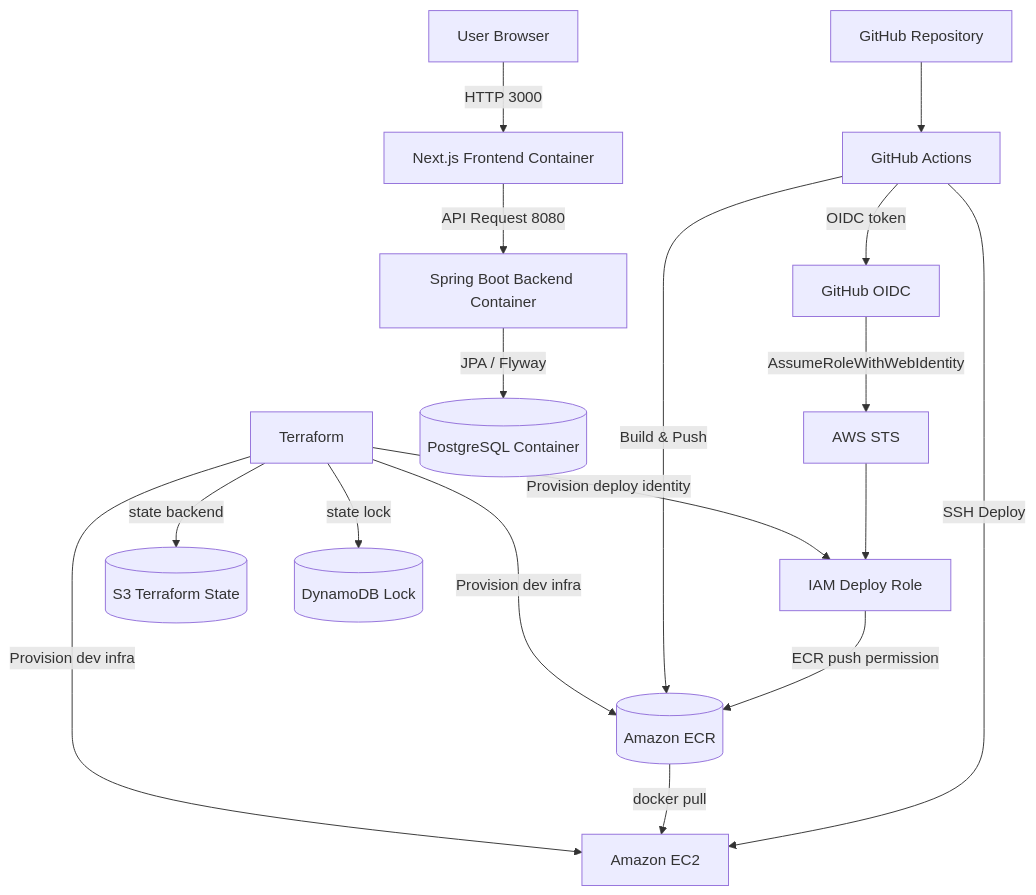
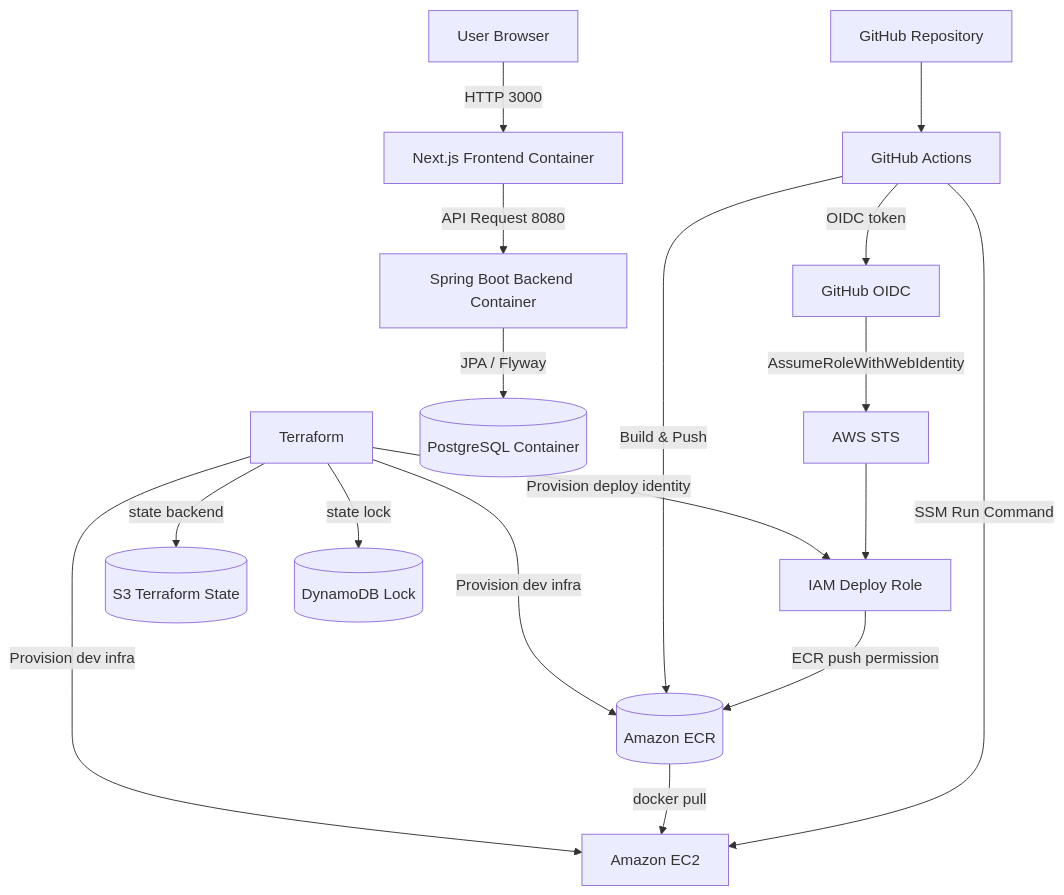
Before and after one commit to Li-Bertygi/job-selection-tracker: the first of 3 diagrams in docs/architecture.md, drawn with Mermaid. The commit also changed other lines of this file and 15 other files, not shown here.

Commit message:
Switch: EC2 deployment to SSM Run Command

````diff
--- a/docs/architecture.md
+++ b/docs/architecture.md
@@ -10,36 +10,36 @@
 ```mermaid
 flowchart TD
     U[User Browser]
     GH[GitHub Repository]
     GHA[GitHub Actions]
     OIDC[GitHub OIDC]
     STS[AWS STS]
     IAM[IAM Deploy Role]
     ECR[(Amazon ECR)]
     EC2[Amazon EC2]
     FE[Next.js Frontend Container]
     BE[Spring Boot Backend Container]
     PG[(PostgreSQL Container)]
     TF[Terraform]
     S3[(S3 Terraform State)]
     DDB[(DynamoDB Lock)]
 
     U -->|HTTP 3000| FE
     FE -->|API Request 8080| BE
     BE -->|JPA / Flyway| PG
 
     GH --> GHA
     GHA -->|OIDC token| OIDC
     OIDC -->|AssumeRoleWithWebIdentity| STS
     STS --> IAM
     IAM -->|ECR push permission| ECR
     GHA -->|Build & Push| ECR
-    GHA -->|SSH Deploy| EC2
+    GHA -->|SSM Run Command| EC2
     ECR -->|docker pull| EC2
 
     TF -->|Provision dev infra| ECR
     TF -->|Provision dev infra| EC2
     TF -->|Provision deploy identity| IAM
     TF -->|state backend| S3
     TF -->|state lock| DDB
 ```
````
